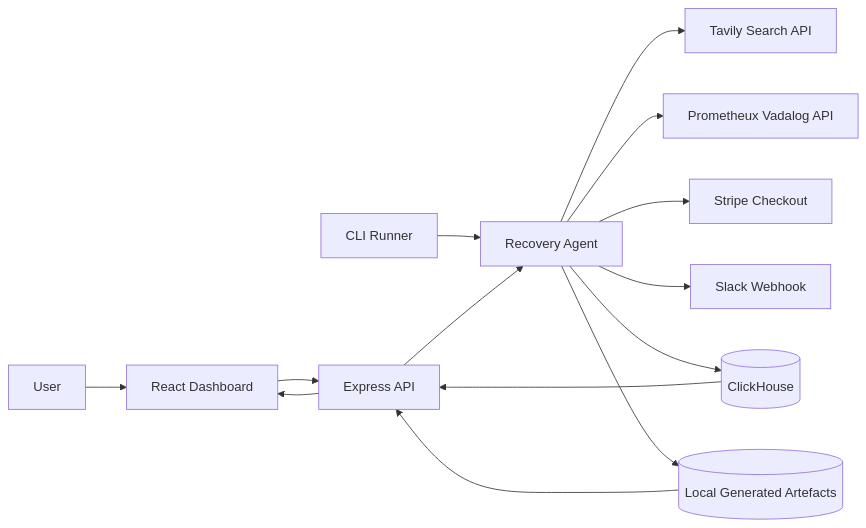
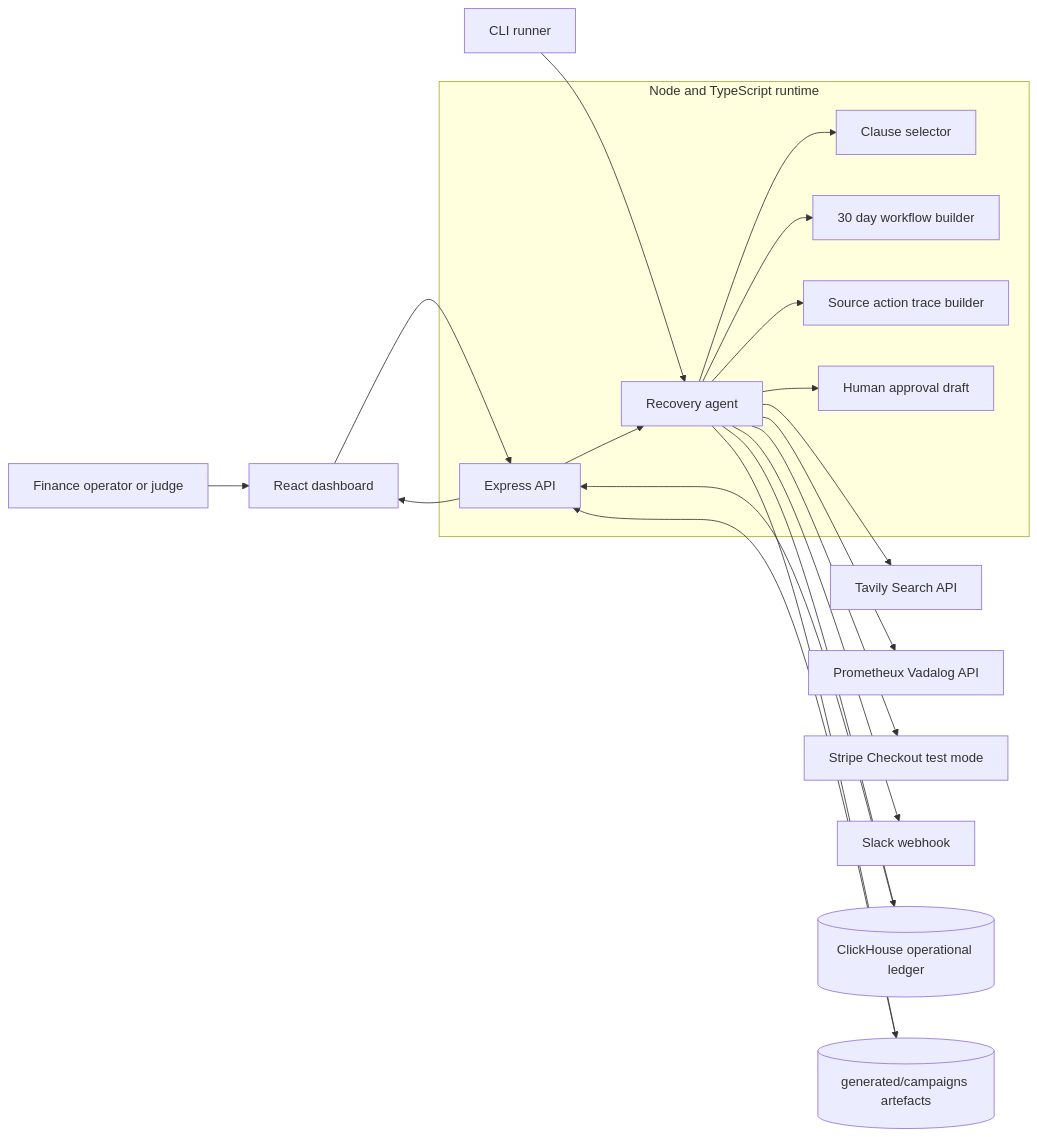
One commit to MasteraSnackin/ClausePay changed the first of 7 diagrams in ARCHITECTURE.md. Above: the diagram before and after it, drawn with Mermaid. The commit also changed other lines of this file, not shown here.

Commit message:
Expand architecture diagrams

````diff
--- a/ARCHITECTURE.md
+++ b/ARCHITECTURE.md
@@ -21,16 +21,24 @@
 ```mermaid
 flowchart LR
-  User[User] --> Client[React Dashboard]
-  Client --> API[Express API]
-  CLI[CLI Runner] --> Agent[Recovery Agent]
-  API --> Agent
-  Agent --> Tavily[Tavily Search API]
-  Agent --> Prometheux[Prometheux Vadalog API]
-  Agent --> Stripe[Stripe Checkout]
-  Agent --> Slack[Slack Webhook]
-  Agent --> ClickHouse[(ClickHouse)]
-  Agent --> Files[(Local Generated Artefacts)]
+  Operator["Finance operator or judge"] --> Client["React dashboard"]
+  CLI["CLI runner"] --> Agent["Recovery agent"]
+  Client --> API["Express API"]
+
+  subgraph Runtime["Node and TypeScript runtime"]
+    API --> Agent
+    Agent --> ClauseSelector["Clause selector"]
+    Agent --> WorkflowBuilder["30 day workflow builder"]
+    Agent --> TraceBuilder["Source action trace builder"]
+    Agent --> ApprovalDraft["Human approval draft"]
+  end
+
+  Agent --> Tavily["Tavily Search API"]
+  Agent --> Prometheux["Prometheux Vadalog API"]
+  Agent --> Stripe["Stripe Checkout test mode"]
+  Agent --> Slack["Slack webhook"]
+  Agent --> ClickHouse[("ClickHouse operational ledger")]
+  Agent --> Files[("generated/campaigns artefacts")]
   ClickHouse --> API
   Files --> API
   API --> Client
 ```
````
